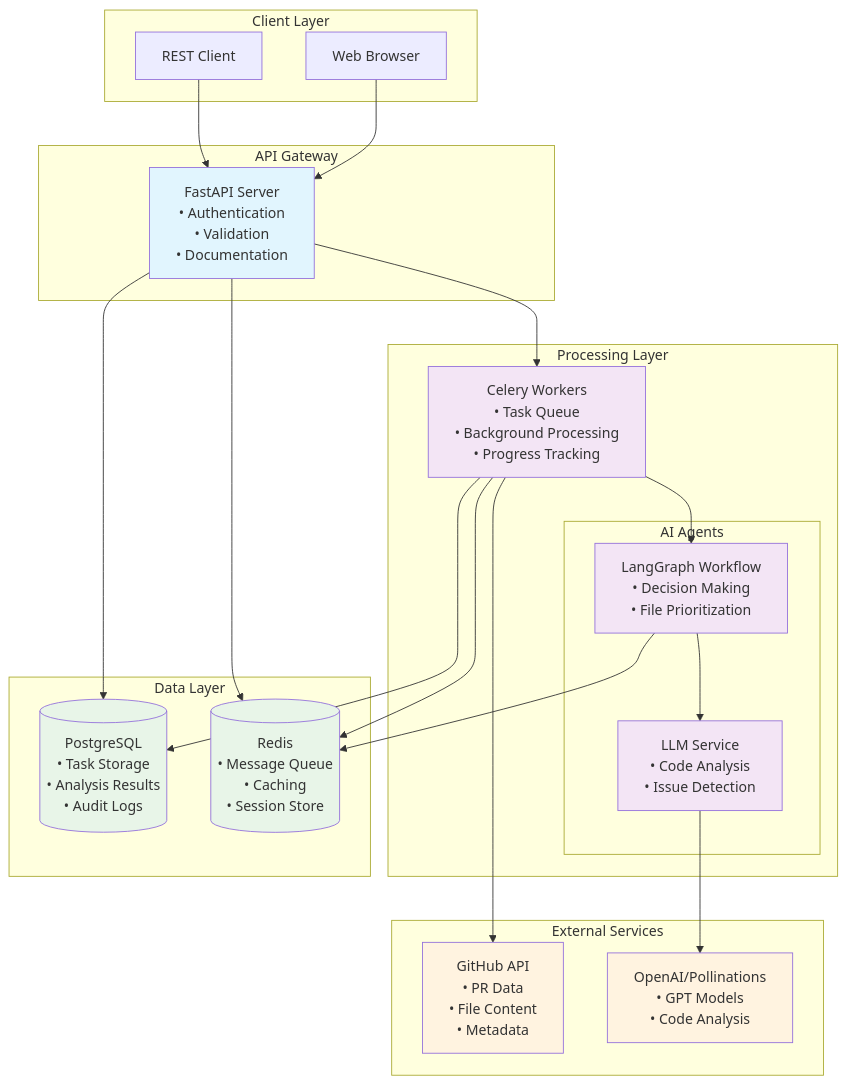
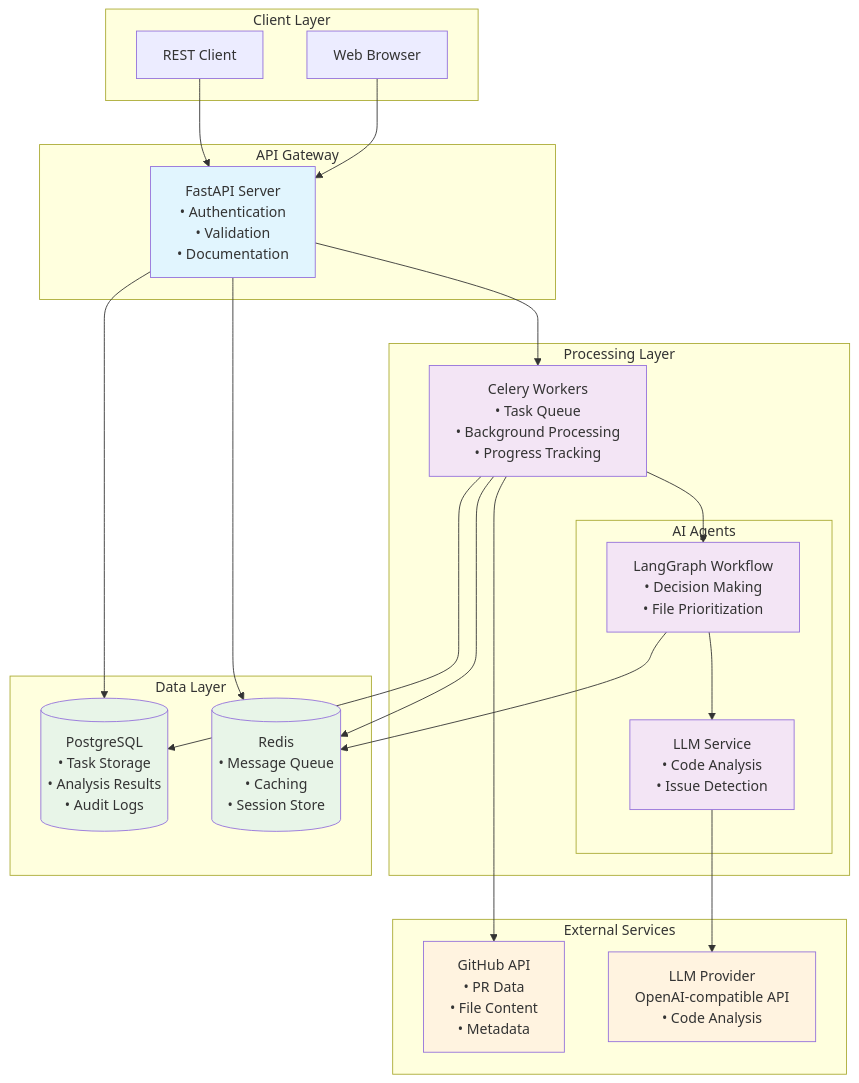
One commit to RJSIN147/Code-Review-Copilot changed the first of 2 diagrams in README.md. Above: the diagram before and after it, drawn with Mermaid. The commit also changed other lines of this file and 1 other file, not shown here.

````diff
--- a/README.md
+++ b/README.md
@@ -22,53 +22,53 @@
 ```mermaid
 graph TB
     subgraph "Client Layer"
         Client[REST Client]
         Browser[Web Browser]
     end
 
     subgraph "API Gateway"
         FastAPI[FastAPI Server<br/>• Authentication<br/>• Validation<br/>• Documentation]
     end
 
     subgraph "Processing Layer"
         Celery[Celery Workers<br/>• Task Queue<br/>• Background Processing<br/>• Progress Tracking]
 
         subgraph "AI Agents"
             LangGraph[LangGraph Workflow<br/>• Decision Making<br/>• File Prioritization]
             LLM[LLM Service<br/>• Code Analysis<br/>• Issue Detection]
         end
     end
 
     subgraph "External Services"
         GitHub[GitHub API<br/>• PR Data<br/>• File Content<br/>• Metadata]
-        OpenAI[OpenAI/Pollinations<br/>• GPT Models<br/>• Code Analysis]
+        OpenAI[LLM Provider<br/>OpenAI-compatible API<br/>• Code Analysis]
     end
 
     subgraph "Data Layer"
         PostgreSQL[(PostgreSQL<br/>• Task Storage<br/>• Analysis Results<br/>• Audit Logs)]
         Redis[(Redis<br/>• Message Queue<br/>• Caching<br/>• Session Store)]
     end
 
     Client --> FastAPI
     Browser --> FastAPI
     FastAPI --> Celery
     Celery --> LangGraph
     LangGraph --> LLM
     LLM --> OpenAI
     Celery --> GitHub
     FastAPI --> PostgreSQL
     Celery --> PostgreSQL
     FastAPI --> Redis
     Celery --> Redis
     LangGraph --> Redis
 
     classDef api fill:#e1f5fe
     classDef processing fill:#f3e5f5
     classDef storage fill:#e8f5e8
     classDef external fill:#fff3e0
 
     class FastAPI api
     class Celery,LangGraph,LLM processing
     class PostgreSQL,Redis storage
     class GitHub,OpenAI external
 ```
````
